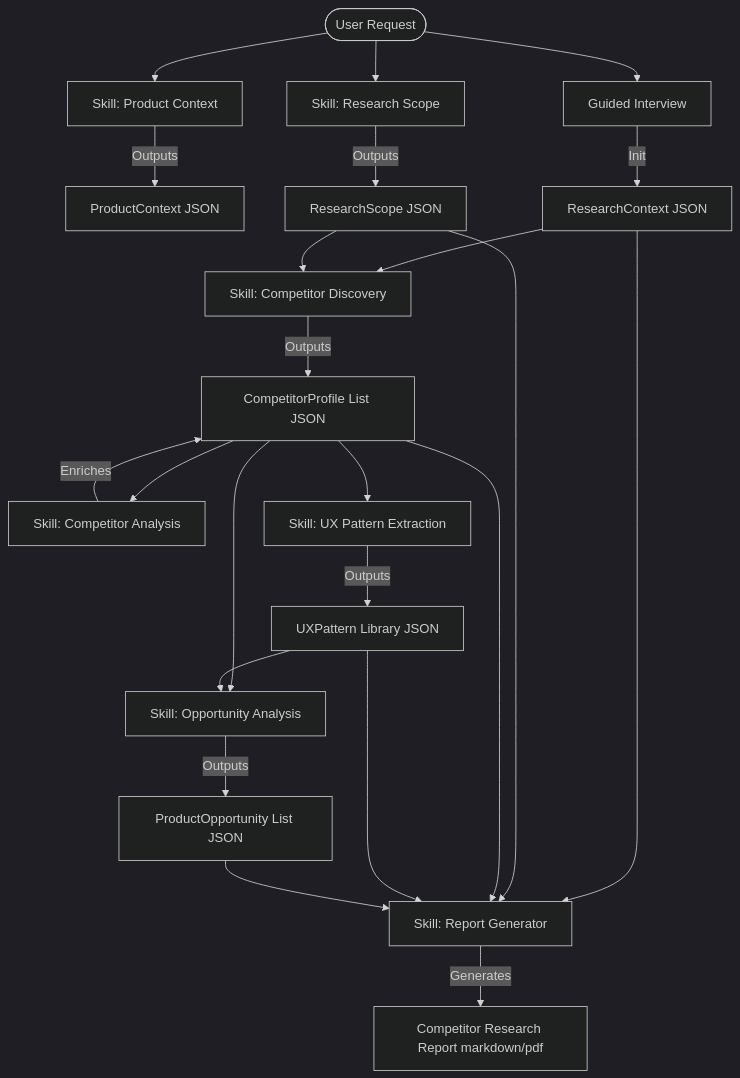
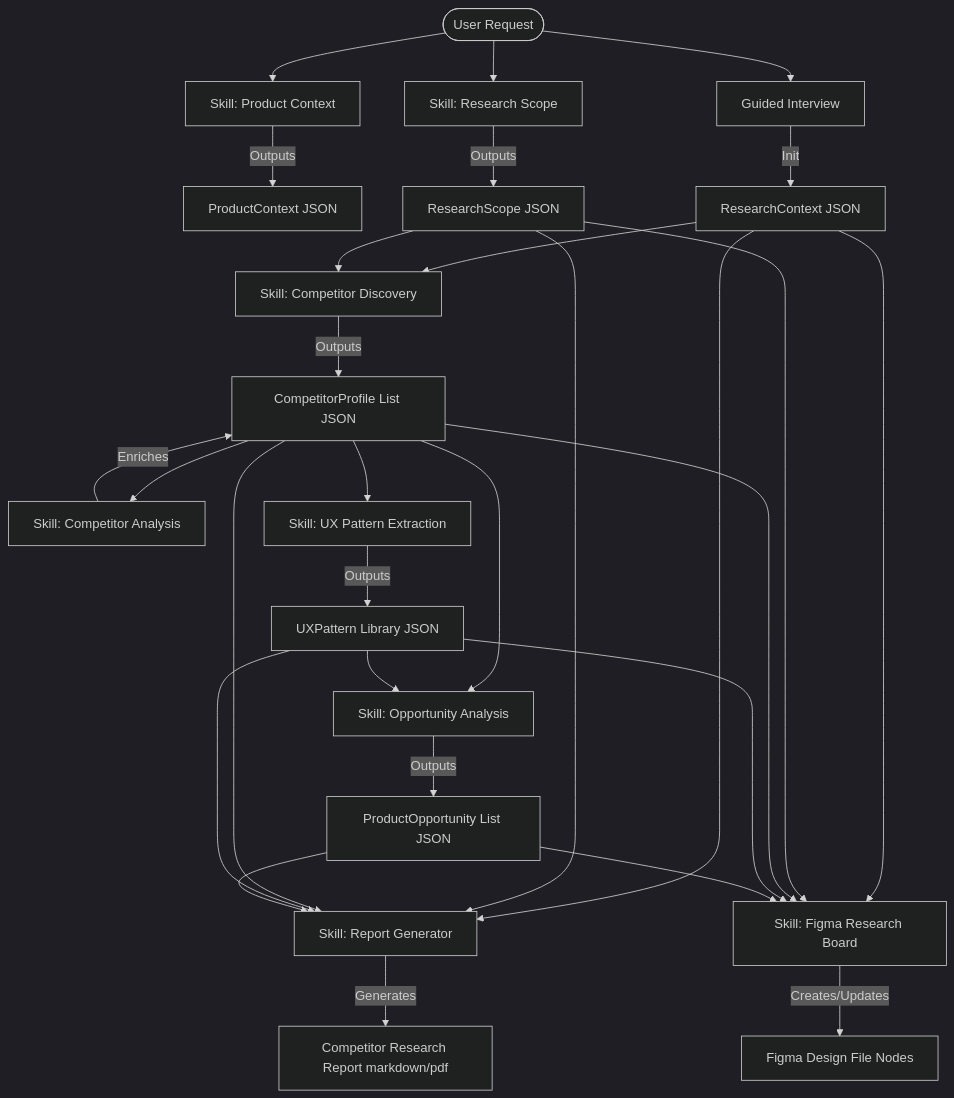
The diagram in docs/architecture.md (sujayadithya/Competitor-Analysis-Workflow), drawn with Mermaid (dark theme) before and after one commit. The commit also changed other lines of this file and 2 other files, not shown here.

Commit message:
Phase 9: Figma Research Board Skill

````diff
--- a/docs/architecture.md
+++ b/docs/architecture.md
@@ -11,19 +11,21 @@
 ```mermaid
 graph TD
     User([User Request]) --> PC[Skill: Product Context]
     PC --> |Outputs| PCData[ProductContext JSON]
     User --> Q[Guided Interview]
     Q --> |Init| RC[ResearchContext JSON]
     User --> RSSkill[Skill: Research Scope]
     RSSkill --> |Outputs| RSData[ResearchScope JSON]
     RC & RSData --> SD[Skill: Competitor Discovery]
     SD --> |Outputs| CPList[CompetitorProfile List JSON]
     CPList --> SA[Skill: Competitor Analysis]
     SA --> |Enriches| CPList
     CPList --> UX[Skill: UX Pattern Extraction]
     UX --> |Outputs| UXPL[UXPattern Library JSON]
     CPList & UXPL --> OA[Skill: Opportunity Analysis]
     OA --> |Outputs| POList[ProductOpportunity List JSON]
     RC & RSData & CPList & UXPL & POList --> RG[Skill: Report Generator]
     RG --> |Generates| FinalReport[Competitor Research Report markdown/pdf]
+    RC & RSData & CPList & UXPL & POList --> FRB[Skill: Figma Research Board]
+    FRB --> |Creates/Updates| FigmaCanvas[Figma Design File Nodes]
 ```
````
